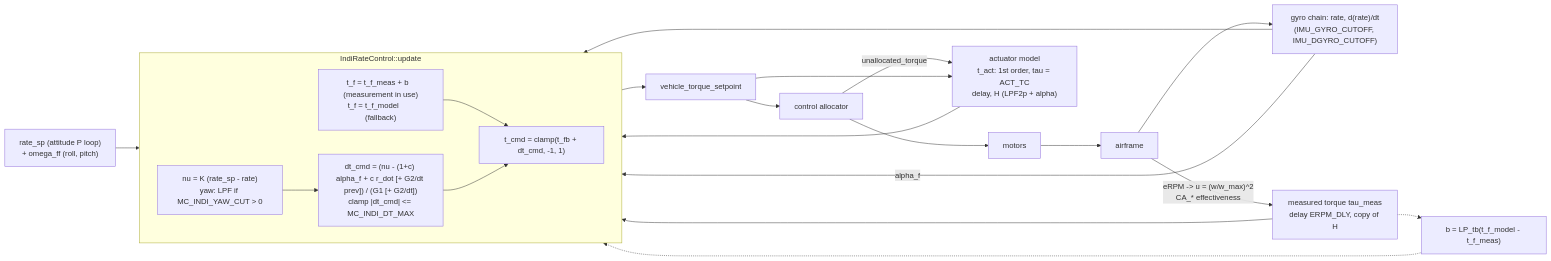
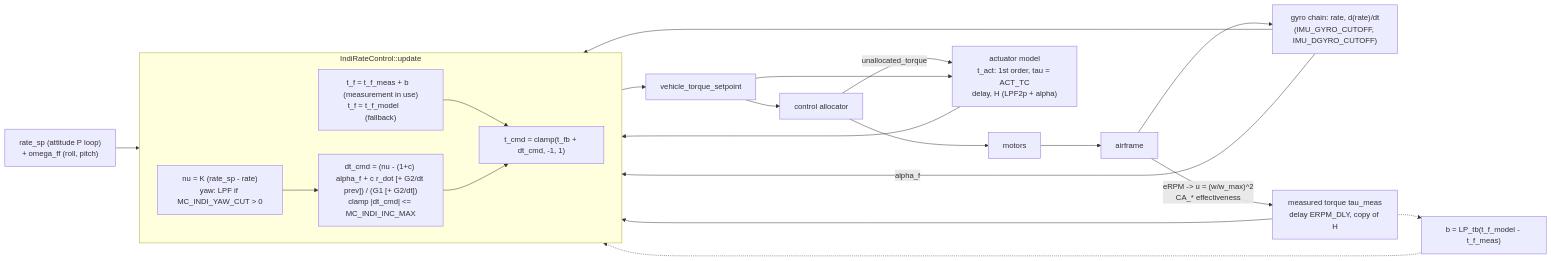
The diagram in indi_flight/report/01_inner_loop_design.md (AntoineHgo/PX4-Indi), drawn with Mermaid before and after one commit. The commit also changed other lines of this file and 7 other files, not shown here.

First line of the commit message:
docs(indi): use the renamed MC_INDI_INC_MAX in docs/en and report

````diff
--- a/indi_flight/report/01_inner_loop_design.md
+++ b/indi_flight/report/01_inner_loop_design.md
@@ -42,20 +42,20 @@
 ```mermaid
 flowchart LR
   ATT["rate_sp (attitude P loop)<br/>+ omega_ff (roll, pitch)"] --> NU["nu = K (rate_sp - rate)<br/>yaw: LPF if MC_INDI_YAW_CUT > 0"]
   GY["gyro chain: rate, d(rate)/dt<br/>(IMU_GYRO_CUTOFF, IMU_DGYRO_CUTOFF)"] --> NU
   GY -->|"alpha_f"| INV
   subgraph LAW["IndiRateControl::update"]
     direction LR
-    NU --> INV["dt_cmd = (nu - (1+c) alpha_f + c r_dot [+ G2/dt prev]) / (G1 [+ G2/dt])<br/>clamp |dt_cmd| <= MC_INDI_DT_MAX"]
+    NU --> INV["dt_cmd = (nu - (1+c) alpha_f + c r_dot [+ G2/dt prev]) / (G1 [+ G2/dt])<br/>clamp |dt_cmd| <= MC_INDI_INC_MAX"]
     TF["t_f = t_f_meas + b   (measurement in use)<br/>t_f = t_f_model       (fallback)"] --> SUM
     INV --> SUM["t_cmd = clamp(t_fb + dt_cmd, -1, 1)"]
   end
   SUM --> TS["vehicle_torque_setpoint"] --> CA["control allocator"] --> MOT["motors"] --> PL["airframe"]
   CA -->|"unallocated_torque"| AM["actuator model<br/>t_act: 1st order, tau = ACT_TC<br/>delay, H (LPF2p + alpha)"]
   TS --> AM
   AM --> TF
   PL -->|"eRPM -> u = (w/w_max)^2<br/>CA_* effectiveness"| MEAS["measured torque tau_meas<br/>delay ERPM_DLY, copy of H"]
   MEAS --> TF
   MEAS -.-> BL["b = LP_tb(t_f_model - t_f_meas)"] -.-> TF
   PL --> GY
 ```
````
